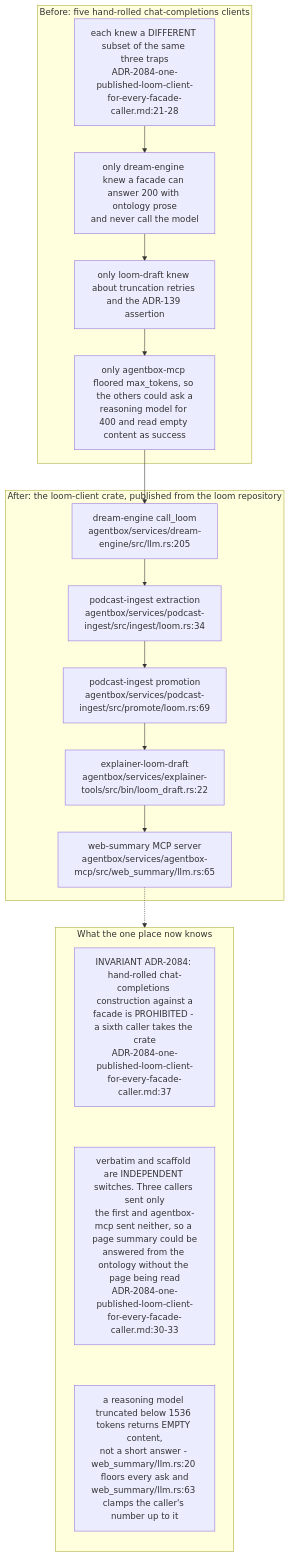
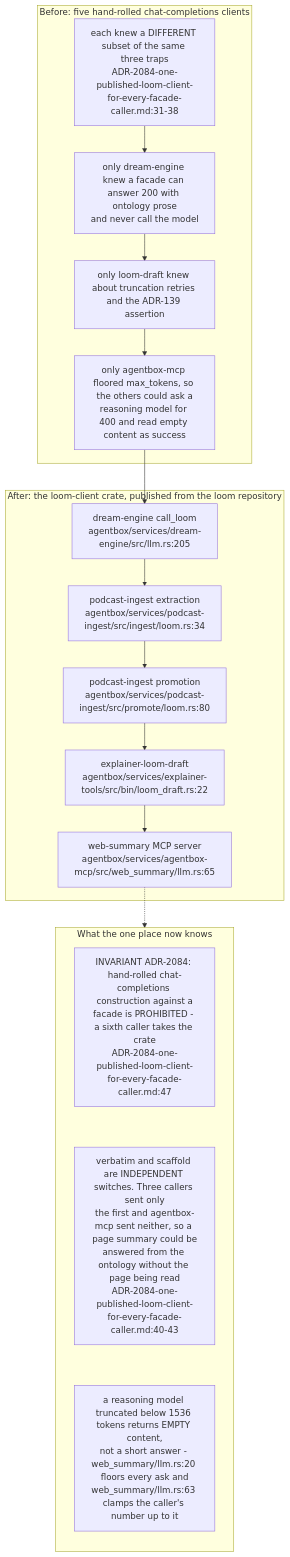
Before and after one commit to DreamLab-AI/VisionFlow: the ninth of 14 diagrams in docs/diagrams/agentbox/24-loom-facade.md, drawn with Mermaid. The commit also changed other lines of this file and 7 other files, not shown here.

````diff
--- a/docs/diagrams/agentbox/24-loom-facade.md
+++ b/docs/diagrams/agentbox/24-loom-facade.md
@@ -367,27 +367,27 @@
 ```mermaid
 flowchart TB
     subgraph before["Before: five hand-rolled chat-completions clients"]
-        B1["each knew a DIFFERENT subset of the same three traps<br/>ADR-2084-one-published-loom-client-for-every-facade-caller.md:21-28"]
+        B1["each knew a DIFFERENT subset of the same three traps<br/>ADR-2084-one-published-loom-client-for-every-facade-caller.md:31-38"]
         B2["only dream-engine knew a facade can answer 200 with ontology prose<br/>and never call the model"]
         B3["only loom-draft knew about truncation retries and the ADR-139 assertion"]
         B4["only agentbox-mcp floored max_tokens, so the others could ask a<br/>reasoning model for 400 and read empty content as success"]
         B1 --> B2 --> B3 --> B4
     end
     subgraph after["After: the loom-client crate, published from the loom repository"]
         C1["dream-engine call_loom<br/>agentbox/services/dream-engine/src/llm.rs:205"]
         C2["podcast-ingest extraction<br/>agentbox/services/podcast-ingest/src/ingest/loom.rs:34"]
-        C3["podcast-ingest promotion<br/>agentbox/services/podcast-ingest/src/promote/loom.rs:69"]
+        C3["podcast-ingest promotion<br/>agentbox/services/podcast-ingest/src/promote/loom.rs:80"]
         C4["explainer-loom-draft<br/>agentbox/services/explainer-tools/src/bin/loom_draft.rs:22"]
         C5["web-summary MCP server<br/>agentbox/services/agentbox-mcp/src/web_summary/llm.rs:65"]
     end
     B4 --> C1
     C1 --> C2 --> C3 --> C4 --> C5
     subgraph knows["What the one place now knows"]
         direction TB
-        K1["INVARIANT ADR-2084: hand-rolled chat-completions construction against a<br/>facade is PROHIBITED - a sixth caller takes the crate<br/>ADR-2084-one-published-loom-client-for-every-facade-caller.md:37"]
-        K2["verbatim and scaffold are INDEPENDENT switches. Three callers sent only<br/>the first and agentbox-mcp sent neither, so a page summary could be<br/>answered from the ontology without the page being read<br/>ADR-2084-one-published-loom-client-for-every-facade-caller.md:30-33"]
+        K1["INVARIANT ADR-2084: hand-rolled chat-completions construction against a<br/>facade is PROHIBITED - a sixth caller takes the crate<br/>ADR-2084-one-published-loom-client-for-every-facade-caller.md:47"]
+        K2["verbatim and scaffold are INDEPENDENT switches. Three callers sent only<br/>the first and agentbox-mcp sent neither, so a page summary could be<br/>answered from the ontology without the page being read<br/>ADR-2084-one-published-loom-client-for-every-facade-caller.md:40-43"]
         K3["a reasoning model truncated below 1536 tokens returns EMPTY content,<br/>not a short answer - web_summary/llm.rs:20 floors every ask and<br/>web_summary/llm.rs:63 clamps the caller's number up to it"]
         K1 ~~~ K2 ~~~ K3
     end
     C5 -.-> knows
 ```
````
